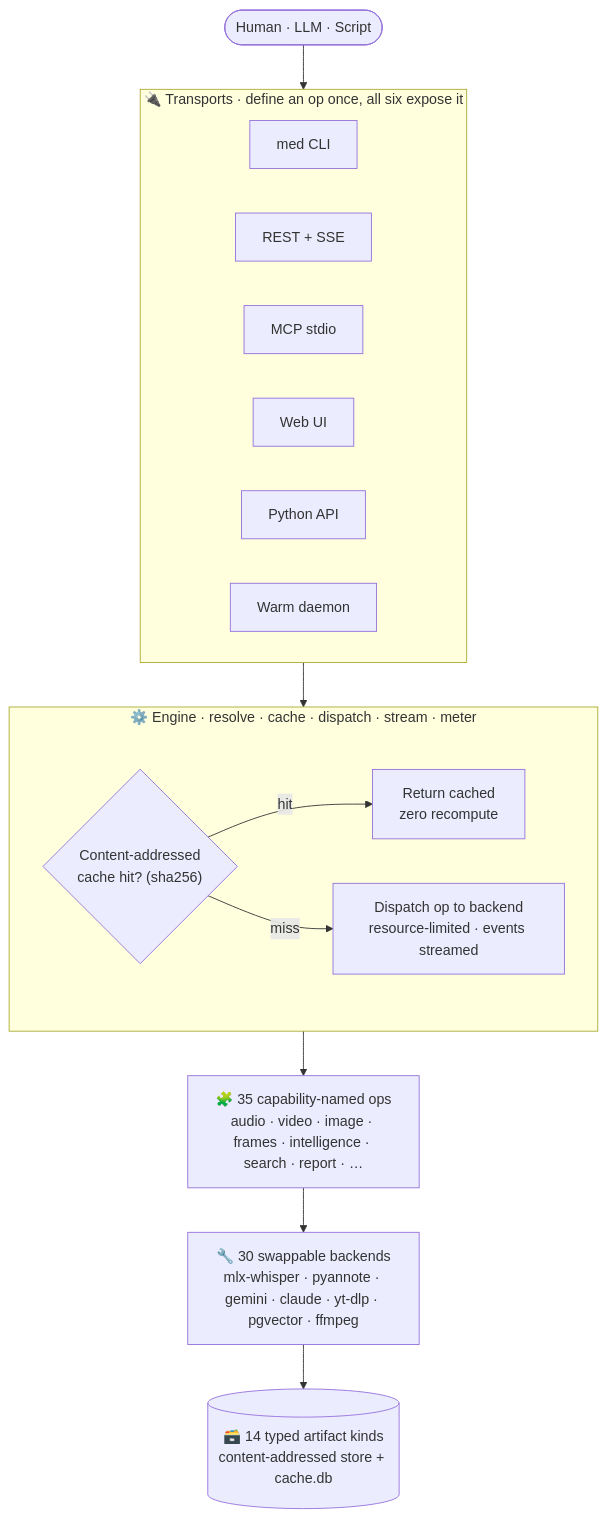
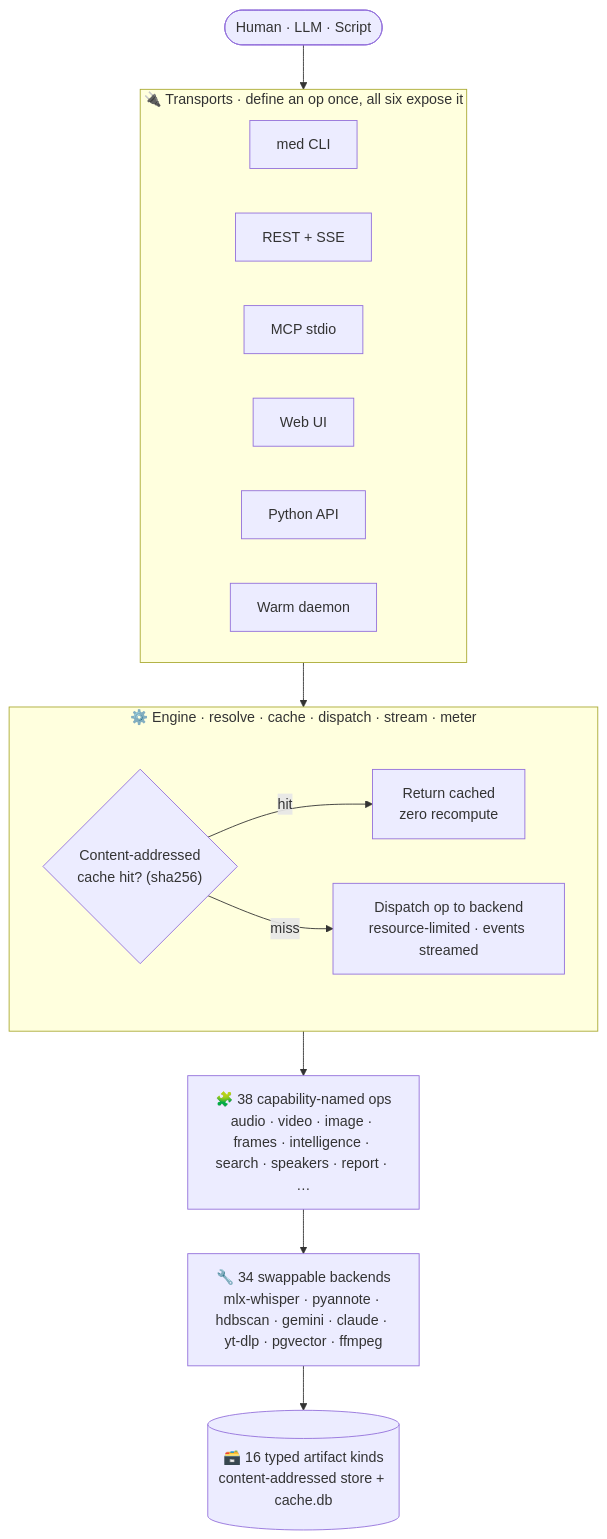
One commit to pedrodinisf/media_engine changed the diagram in README.md. Above: the diagram before and after it, drawn with Mermaid. The commit also changed other lines of this file and 7 other files, not shown here.

````diff
--- a/README.md
+++ b/README.md
@@ -32,28 +32,28 @@
 ```mermaid
 flowchart TB
     user(["Human · LLM · Script"])
 
     subgraph T ["🔌 Transports · define an op once, all six expose it"]
         direction LR
         cli["med CLI"]
         rest["REST + SSE"]
         mcp["MCP stdio"]
         web["Web UI"]
         pyapi["Python API"]
         dmn["Warm daemon"]
     end
 
     subgraph E ["⚙️ Engine · resolve · cache · dispatch · stream · meter"]
         direction LR
         cache{"Content-addressed<br/>cache hit? (sha256)"}
         cache -->|hit| ret["Return cached<br/>zero recompute"]
         cache -->|miss| dispatch["Dispatch op to backend<br/>resource-limited · events streamed"]
     end
 
-    ops["🧩 35 capability-named ops<br/>audio · video · image · frames · intelligence · search · report · …"]
-    bk["🔧 30 swappable backends<br/>mlx-whisper · pyannote · gemini · claude · yt-dlp · pgvector · ffmpeg"]
-    art[("🗃️ 14 typed artifact kinds<br/>content-addressed store + cache.db")]
+    ops["🧩 38 capability-named ops<br/>audio · video · image · frames · intelligence · search · speakers · report · …"]
+    bk["🔧 34 swappable backends<br/>mlx-whisper · pyannote · hdbscan · gemini · claude · yt-dlp · pgvector · ffmpeg"]
+    art[("🗃️ 16 typed artifact kinds<br/>content-addressed store + cache.db")]
 
     user --> T --> E
     dispatch --> ops --> bk --> art
 ```
````
